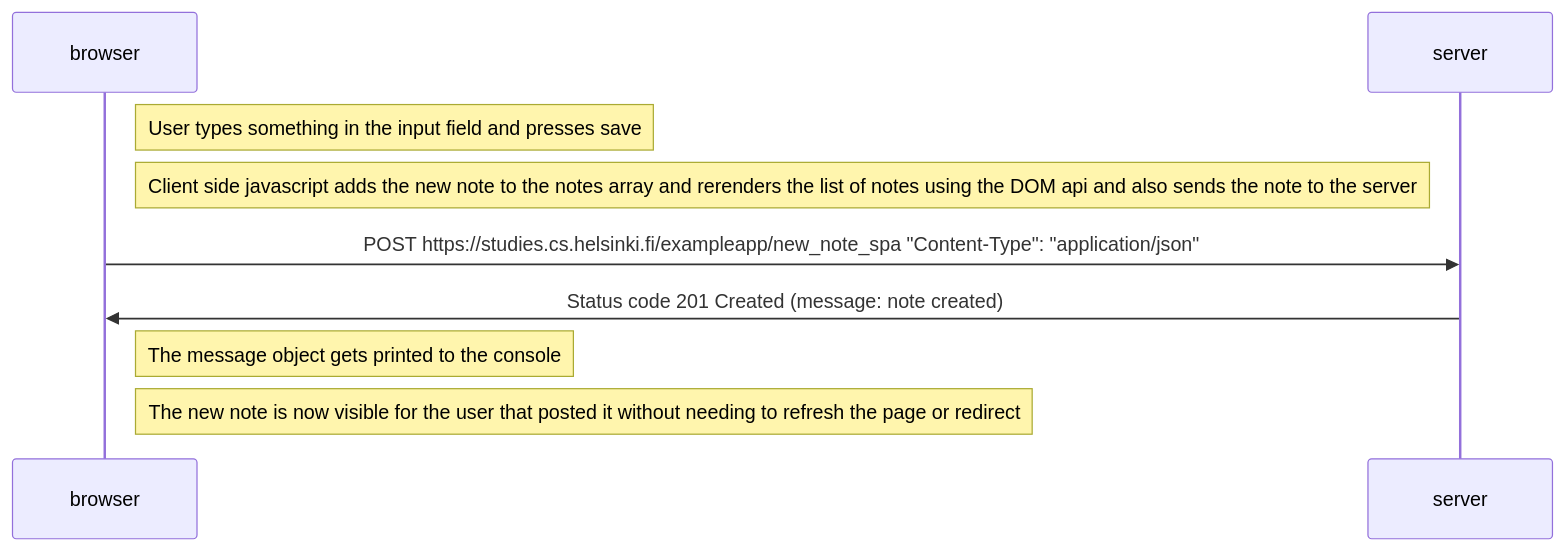
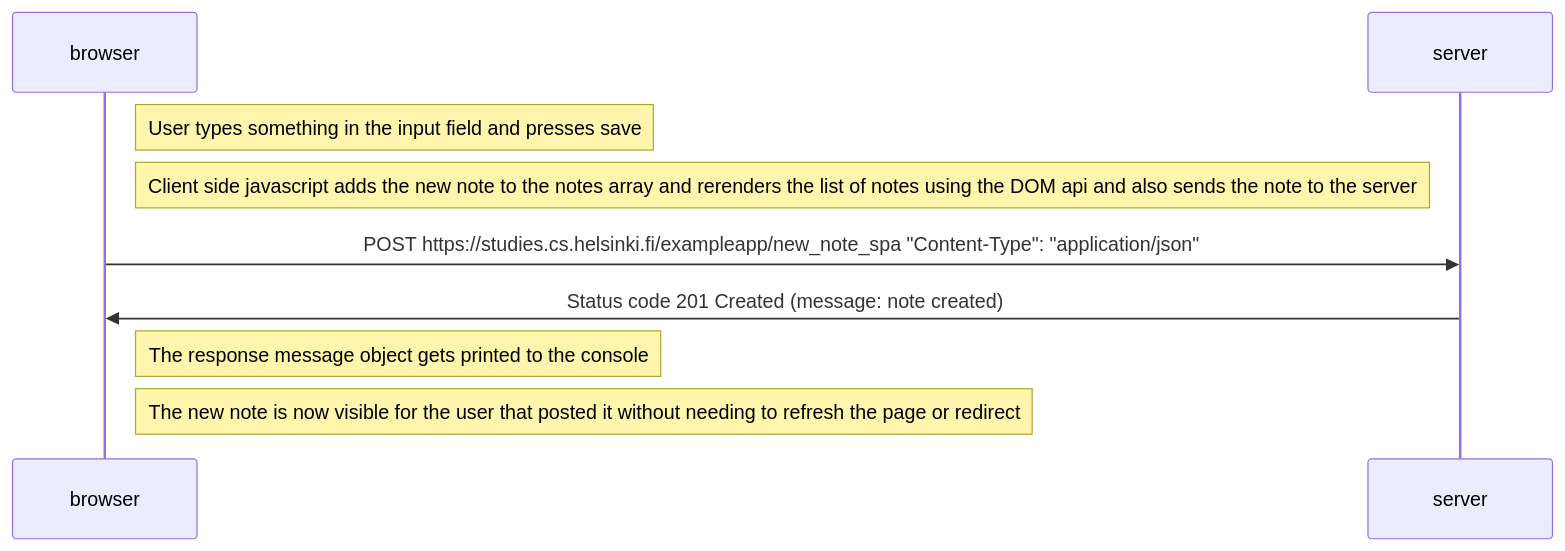
The diagram in osa1/kaavio3/kaavio.md (WoltEye/Fullstack-Open-assignments), drawn with Mermaid before and after one commit.

````diff
--- a/osa1/kaavio3/kaavio.md
+++ b/osa1/kaavio3/kaavio.md
@@ -1,11 +1,11 @@
 ```mermaid
 sequenceDiagram
     participant browser
     participant server
     Note right of browser: User types something in the input field and presses save
     Note right of browser: Client side javascript adds the new note to the notes array and rerenders the list of notes using the DOM api and also sends the note to the server
     browser->>server: POST https://studies.cs.helsinki.fi/exampleapp/new_note_spa "Content-Type": "application/json"
     server->>browser: Status code 201 Created (message: note created)
-    Note right of browser: The message object gets printed to the console
+    Note right of browser: The response message object gets printed to the console
     Note right of browser: The new note is now visible for the user that posted it without needing to refresh the page or redirect
 ```
````
